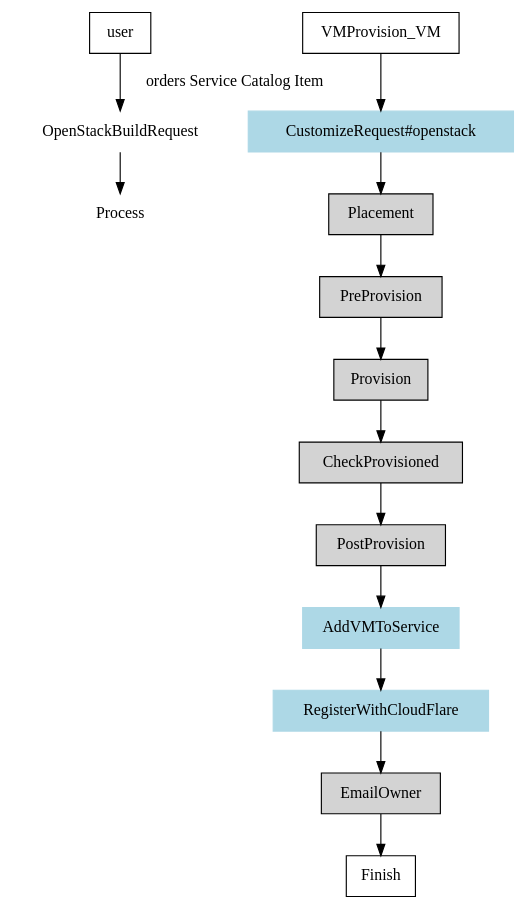
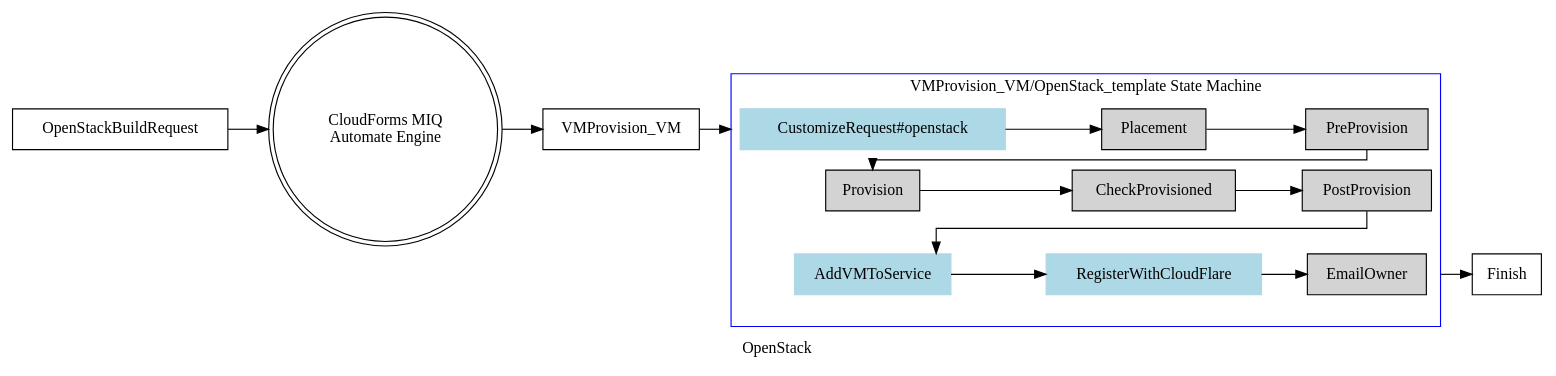
The diagram in images/Cloudforms-Diagrams/cloudforms_openstack.gv (claudiol/YaleNUS), drawn with Graphviz before and after one commit. The commit also changed 1 other file, not shown here.

Commit message:
Updated Graphviz for CloudForms diagram.

```diff
--- a/images/Cloudforms-Diagrams/cloudforms_openstack.gv
+++ b/images/Cloudforms-Diagrams/cloudforms_openstack.gv
@@ -1,38 +1,30 @@
 digraph G {
-  #rankdir=LR;
+  label="OpenStack";
+  rankdir=LR;
+  splines=ortho;
+  compound=true;
   node [ shape=box ];
 
-  subgraph request {
-    style=filled;
-    color=lightgrey;
-    label = "GUI Request";
-    node [style=filled,color=white];
-
-    OpenStackBuildRequest -> Process;
-  }
-
-  subgraph VMProvision_VM {
+  subgraph cluster0 {
     node [style=filled];
     color=blue;
-    label = "VMProvision_VM/OpenStack_template State Machine";
+    label="VMProvision_VM/OpenStack_template State Machine";
 
     "CustomizeRequest#openstack" -> Placement -> PreProvision;
-    PreProvision -> Provision -> CheckProvisioned;
-    CheckProvisioned -> PostProvision -> AddVMToService;
+      PreProvision -> Provision [ constraint = false ];
+    Provision -> CheckProvisioned -> PostProvision;
+      PostProvision -> AddVMToService [constraint = false ];
     AddVMToService -> RegisterWithCloudFlare -> EmailOwner;
 
     "CustomizeRequest#openstack" [color=lightblue];
     AddVMToService [color=lightblue]
     RegisterWithCloudFlare [color=lightblue];
   }
 
-  subgraph CustomizeRequest {
-    
-  }
+  OpenStackBuildRequest -> "CloudForms MIQ\nAutomate Engine" -> VMProvision_VM;
+  "CloudForms MIQ\nAutomate Engine" [shape = doublecircle];
 
-  user -> OpenStackBuildRequest [label="orders Service Catalog Item"]
-
-  VMProvision_VM -> "CustomizeRequest#openstack";
-  EmailOwner -> Finish;
+  VMProvision_VM -> "CustomizeRequest#openstack" [lhead=cluster0];
+  EmailOwner -> Finish [ltail=cluster0];
 
 }
```
